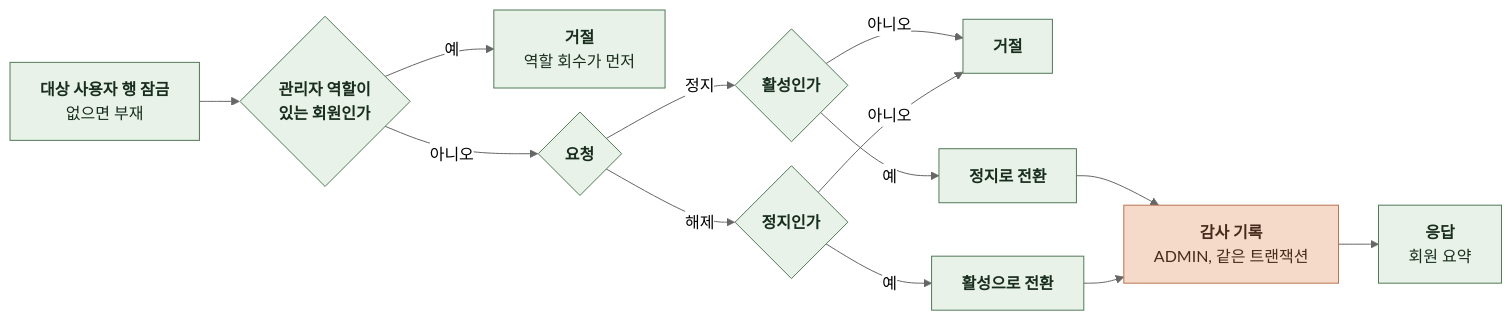
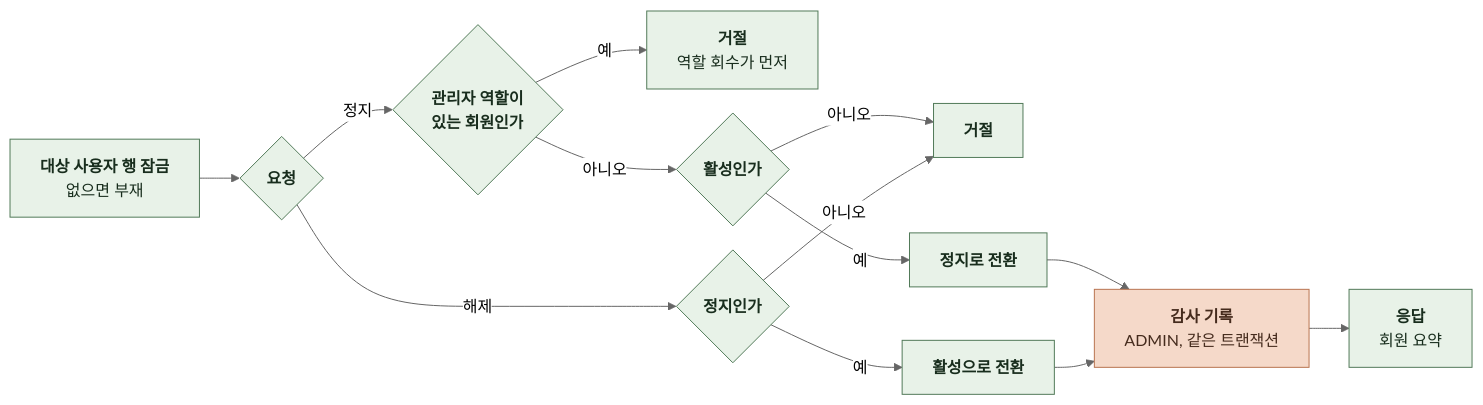
Diagram 16 of 16 in docs/domain/ACCOUNT/BACKEND/4-1-PIPELINES.md (KIM-N-KANG/knk-harness), drawn with Mermaid (neutral theme) before and after one commit. The commit also changed 38 other files, not shown here.

````diff
--- a/docs/domain/ACCOUNT/BACKEND/4-1-PIPELINES.md
+++ b/docs/domain/ACCOUNT/BACKEND/4-1-PIPELINES.md
@@ -517,25 +517,25 @@
 ```mermaid
 %%{init: {"flowchart": {"curve": "basis", "nodeSpacing": 24, "rankSpacing": 40}}}%%
 flowchart LR
     A["`**대상 사용자 행 잠금**
-없으면 부재`"] --> B{"`**관리자 역할이
+없으면 부재`"] --> C{"`**요청**`"}
+    C -->|정지| B{"`**관리자 역할이
 있는 회원인가**`"}
     B -->|예| X["`**거절**
 역할 회수가 먼저`"]
-    B -->|아니오| C{"`**요청**`"}
-    C -->|정지| D{"`**활성인가**`"}
+    B -->|아니오| D{"`**활성인가**`"}
     C -->|해제| E{"`**정지인가**`"}
     D -->|아니오| Y["`**거절**`"]
     E -->|아니오| Y
     D -->|예| F["`**정지로 전환**`"]
     E -->|예| G["`**활성으로 전환**`"]
     F --> H["`**감사 기록**
 ADMIN, 같은 트랜잭션`"]
     G --> H
     H --> I["`**응답**
 회원 요약`"]
     classDef comp fill:#E8F2E8,stroke:#527A59,color:#182D1D
     classDef task fill:#F5D9C9,stroke:#B97450,color:#452B1D
     class A,B,C,D,E,F,G,I,X,Y comp
     class H task
 ```
````
